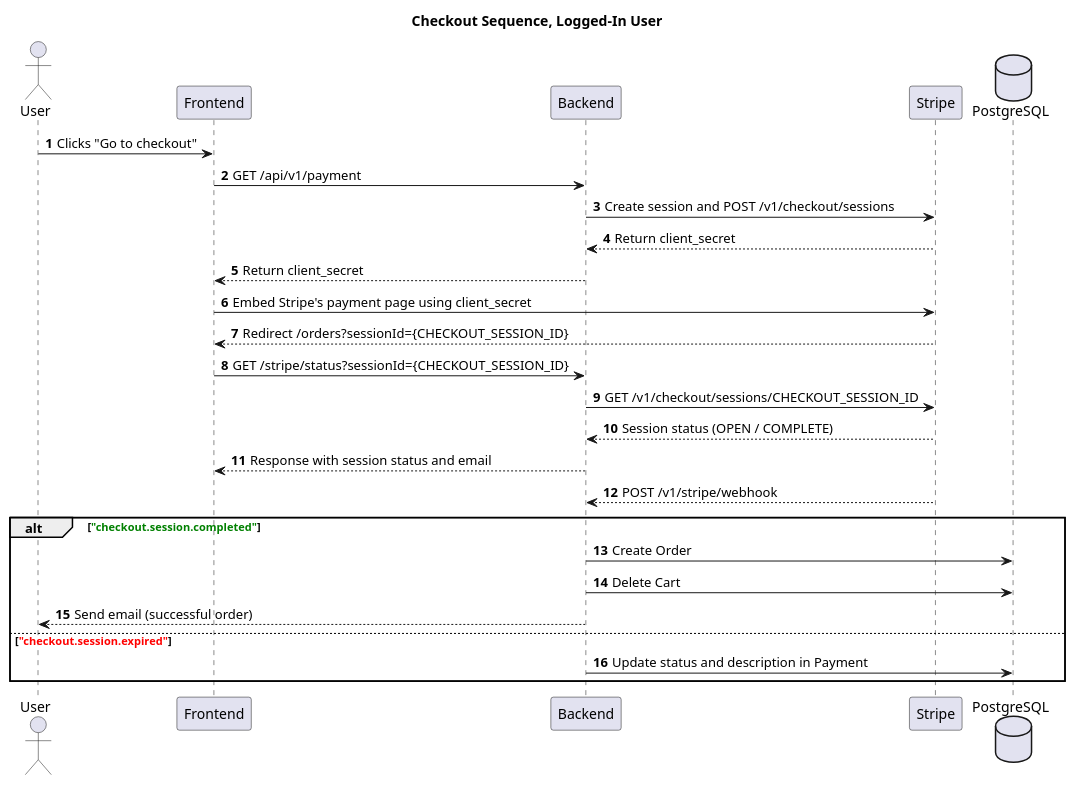
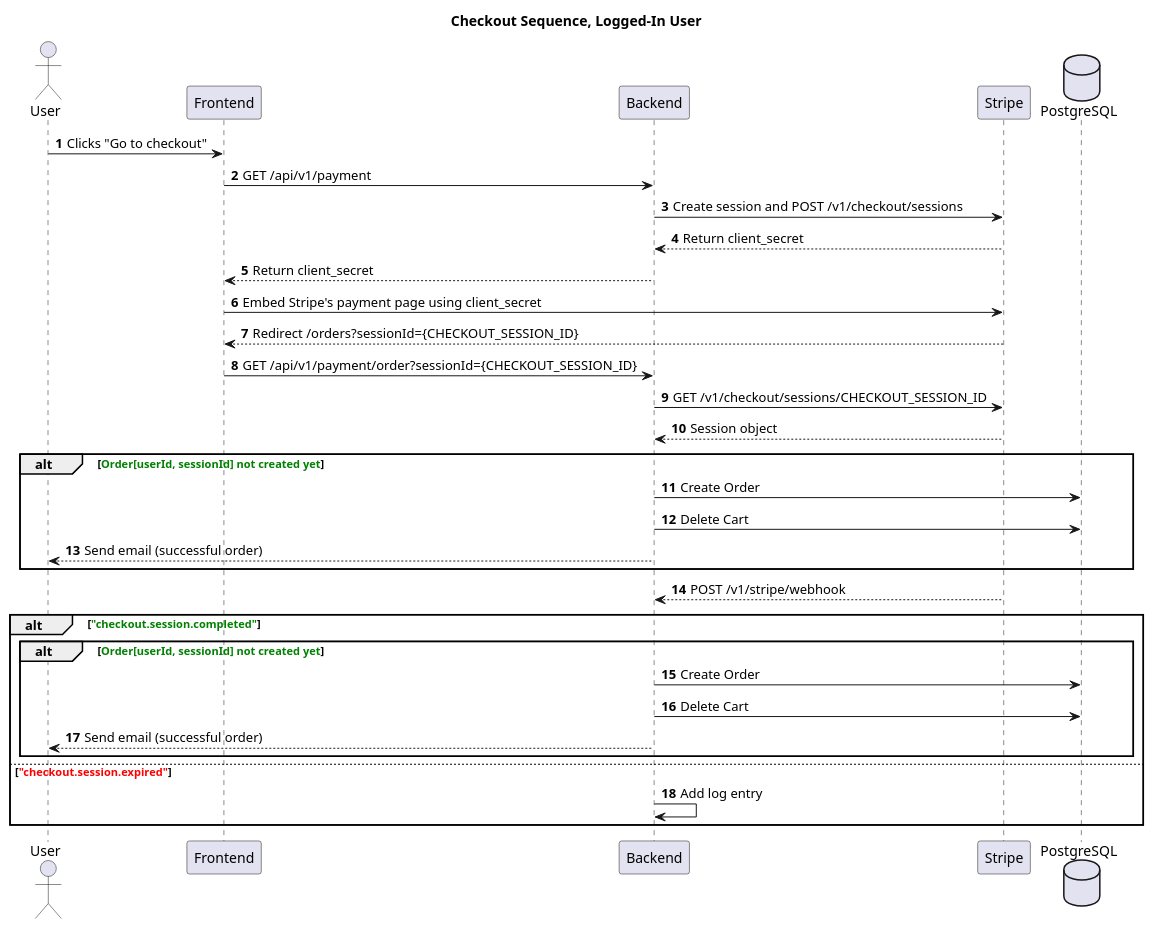
Before and after one commit to dMpouk/Iced-Latte: the diagram in docs/plantuml/payment/checkout-sequence.puml, drawn with PlantUML. The commit also changed 21 other files, not shown here.

Commit message:
Implemented the same behaviour for both webhook and redirect cases: create order and remove cart if necessary; deleted unnecessary Payment repository

```diff
--- a/docs/plantuml/payment/checkout-sequence.puml
+++ b/docs/plantuml/payment/checkout-sequence.puml
@@ -1,34 +1,40 @@
 @startuml
 'https://plantuml.com/sequence-diagram
 
 autonumber
 
 title Checkout Sequence, Logged-In User
 
 actor "User" as user
 participant "Frontend" as fe
 participant "Backend" as be
 participant "Stripe" as stripe
 database "PostgreSQL" as db
 
 user -> fe: Clicks "Go to checkout"
 fe -> be: GET /api/v1/payment
 be -> stripe: Create session and POST /v1/checkout/sessions
 be <-- stripe: Return client_secret
 be --> fe: Return client_secret
 fe -> stripe: Embed Stripe's payment page using client_secret
 fe <-- stripe: Redirect /orders?sessionId={CHECKOUT_SESSION_ID}
-fe -> be: GET /stripe/status?sessionId={CHECKOUT_SESSION_ID}
+fe -> be: GET /api/v1/payment/order?sessionId={CHECKOUT_SESSION_ID}
 be -> stripe: GET /v1/checkout/sessions/CHECKOUT_SESSION_ID
-be <-- stripe: Session status (OPEN / COMPLETE)
-fe <-- be: Response with session status and email
+be <-- stripe: Session object
+alt <font color=green>Order[userId, sessionId] not created yet</font>
+    be -> db: Create Order
+    be -> db: Delete Cart
+    user <-- be: Send email (successful order)
+end
 
 be <-- stripe: POST /v1/stripe/webhook
 alt <font color=green>"checkout.session.completed"</font>
-    be -> db: Create Order
-    be -> db: Delete Cart
-    user <-- be: Send email (successful order)
+    alt <font color=green>Order[userId, sessionId] not created yet</font>
+        be -> db: Create Order
+        be -> db: Delete Cart
+        user <-- be: Send email (successful order)
+    end
 else <font color=red>"checkout.session.expired"</font>
-    be -> db: Update status and description in Payment
+    be -> be: Add log entry
 end
 @enduml
```
